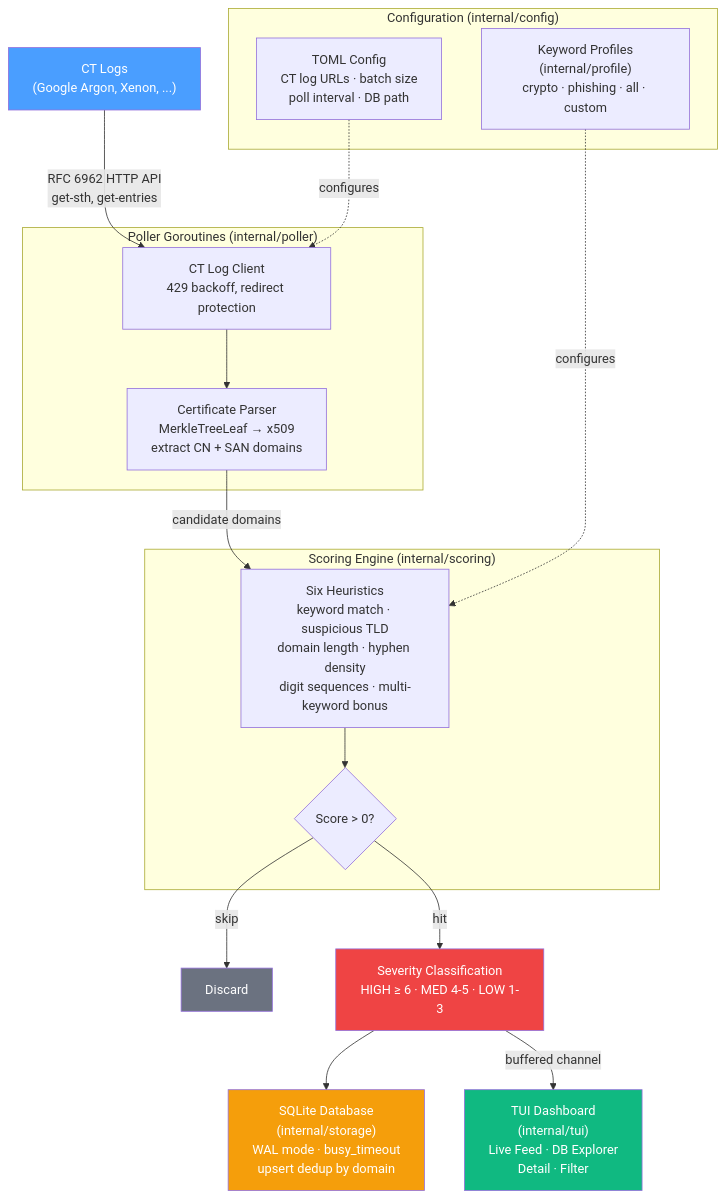
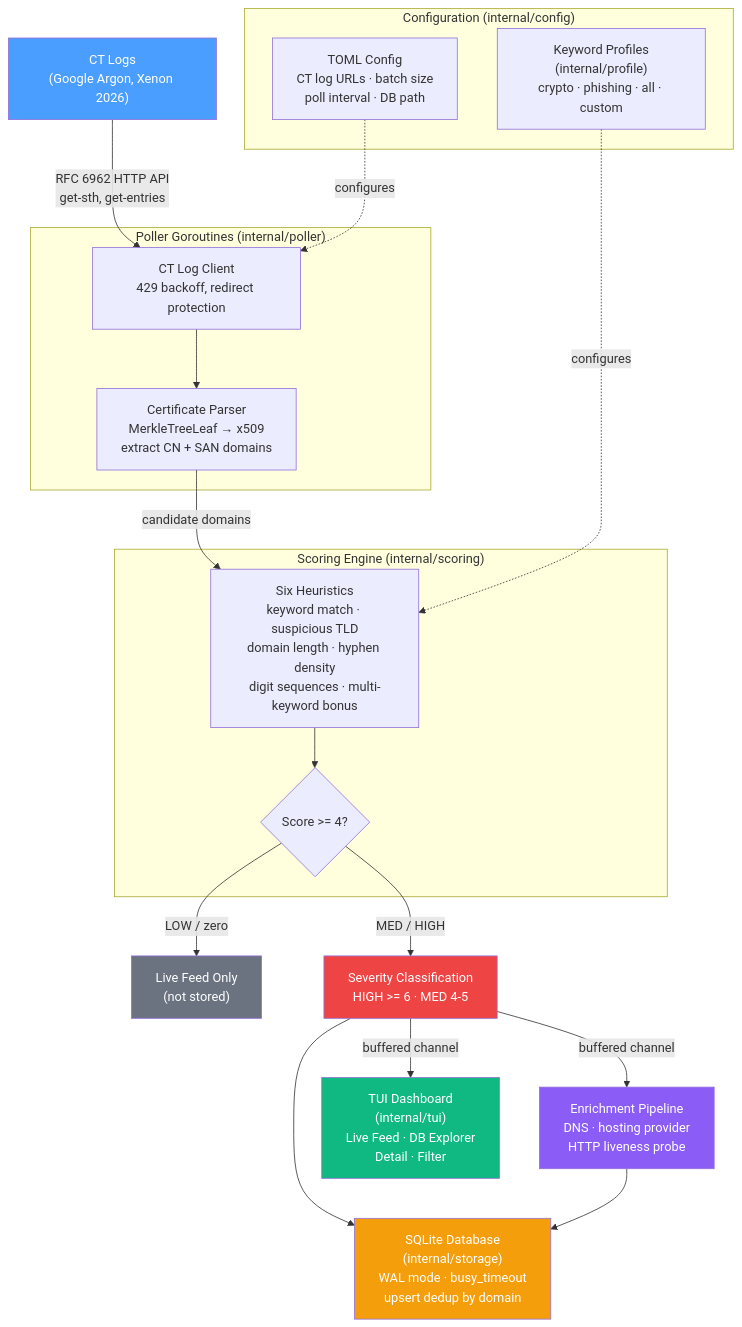
Before and after one commit to ul0gic/ctsnare: the diagram in README.md, drawn with Mermaid. The commit also changed other lines of this file and 60 other files, not shown here.

First line of the commit message:
Overhaul TUI layout, fix CT log polling, and remove project scaffolding

````diff
--- a/README.md
+++ b/README.md
@@ -464,31 +452,34 @@
 ```mermaid
 flowchart TD
-    A["CT Logs\n(Google Argon, Xenon, ...)"] -->|"RFC 6962 HTTP API\nget-sth, get-entries"| B
+    A["CT Logs\n(Google Argon, Xenon 2026)"] -->|"RFC 6962 HTTP API\nget-sth, get-entries"| B
 
     subgraph Polling ["Poller Goroutines (internal/poller)"]
         B["CT Log Client\n429 backoff, redirect protection"] --> C["Certificate Parser\nMerkleTreeLeaf → x509\nextract CN + SAN domains"]
     end
 
     C -->|"candidate domains"| D
 
     subgraph Scoring ["Scoring Engine (internal/scoring)"]
-        D["Six Heuristics\nkeyword match · suspicious TLD\ndomain length · hyphen density\ndigit sequences · multi-keyword bonus"] --> E{"Score > 0?"}
+        D["Six Heuristics\nkeyword match · suspicious TLD\ndomain length · hyphen density\ndigit sequences · multi-keyword bonus"] --> E{"Score >= 4?"}
     end
 
-    E -->|"skip"| F["Discard"]
-    E -->|"hit"| G["Severity Classification\nHIGH ≥ 6 · MED 4-5 · LOW 1-3"]
+    E -->|"LOW / zero"| F["Live Feed Only\n(not stored)"]
+    E -->|"MED / HIGH"| G["Severity Classification\nHIGH >= 6 · MED 4-5"]
 
     G --> H["SQLite Database\n(internal/storage)\nWAL mode · busy_timeout\nupsert dedup by domain"]
-    G -->|"buffered channel"| I["TUI Dashboard\n(internal/tui)\nLive Feed · DB Explorer\nDetail · Filter"]
+    G -->|"buffered channel"| I["Enrichment Pipeline\nDNS · hosting provider\nHTTP liveness probe"]
+    G -->|"buffered channel"| J["TUI Dashboard\n(internal/tui)\nLive Feed · DB Explorer\nDetail · Filter"]
+    I --> H
 
     subgraph Config ["Configuration (internal/config)"]
-        J["TOML Config\nCT log URLs · batch size\npoll interval · DB path"] -.->|"configures"| B
-        K["Keyword Profiles\n(internal/profile)\ncrypto · phishing · all · custom"] -.->|"configures"| D
+        K["TOML Config\nCT log URLs · batch size\npoll interval · DB path"] -.->|"configures"| B
+        L["Keyword Profiles\n(internal/profile)\ncrypto · phishing · all · custom"] -.->|"configures"| D
     end
 
     style A fill:#4a9eff,color:#fff
     style H fill:#f59e0b,color:#fff
-    style I fill:#10b981,color:#fff
+    style J fill:#10b981,color:#fff
+    style I fill:#8b5cf6,color:#fff
     style F fill:#6b7280,color:#fff
     style G fill:#ef4444,color:#fff
 ```
````
